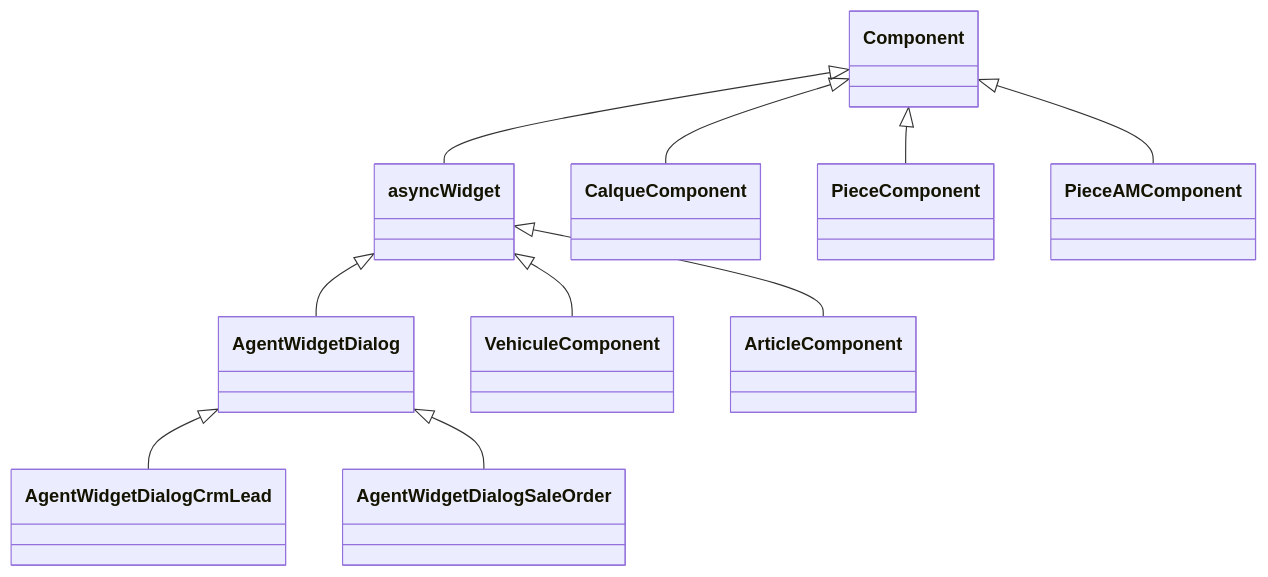
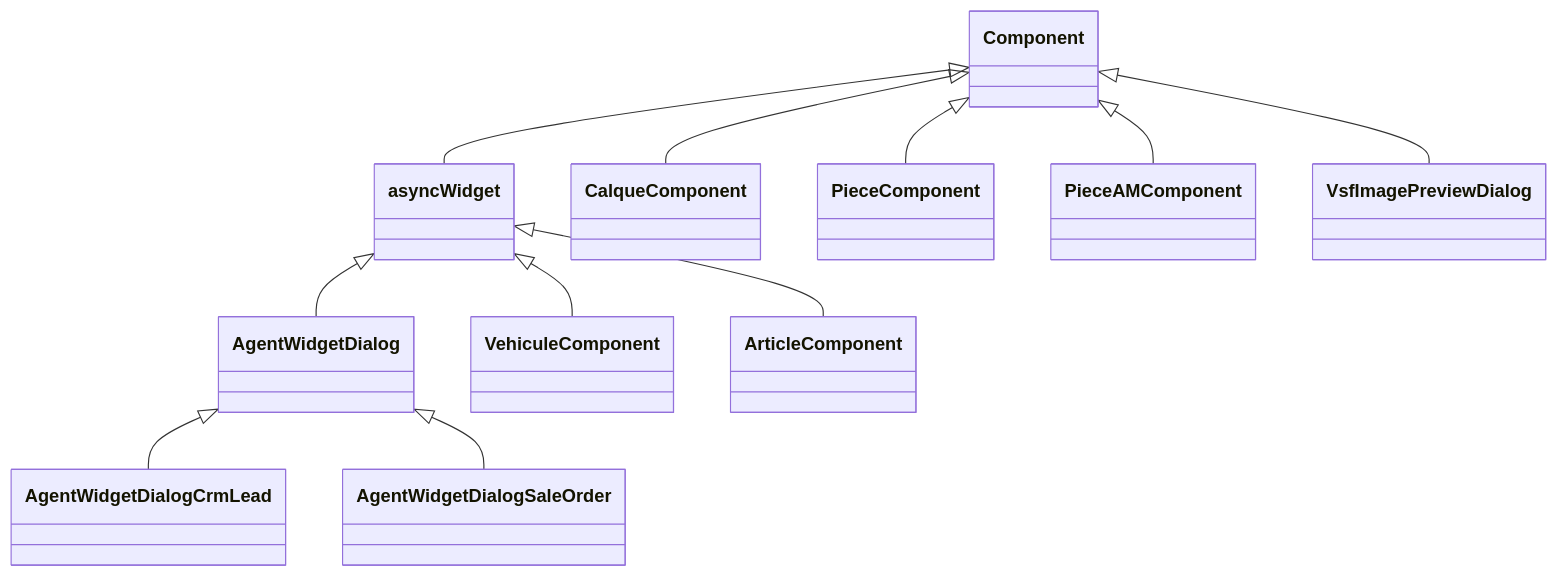
One commit to rpbmSdk/rpbm changed the second of 4 diagrams in rpbm_agent/docs/technique/frontend.md. Above: the diagram before and after it, drawn with Mermaid. The commit also changed other lines of this file and 16 other files, not shown here.

````diff
--- a/rpbm_agent/docs/technique/frontend.md
+++ b/rpbm_agent/docs/technique/frontend.md
@@ -35,23 +37,25 @@
 ```mermaid
 classDiagram
     class Component
     class asyncWidget
     class AgentWidgetDialog
     class AgentWidgetDialogCrmLead
     class AgentWidgetDialogSaleOrder
     class VehiculeComponent
     class ArticleComponent
     class CalqueComponent
     class PieceComponent
     class PieceAMComponent
+    class VsfImagePreviewDialog
 
     Component <|-- asyncWidget
     asyncWidget <|-- AgentWidgetDialog
     AgentWidgetDialog <|-- AgentWidgetDialogCrmLead
     AgentWidgetDialog <|-- AgentWidgetDialogSaleOrder
     asyncWidget <|-- VehiculeComponent
     asyncWidget <|-- ArticleComponent
     Component <|-- CalqueComponent
     Component <|-- PieceComponent
     Component <|-- PieceAMComponent
+    Component <|-- VsfImagePreviewDialog
 ```
````
